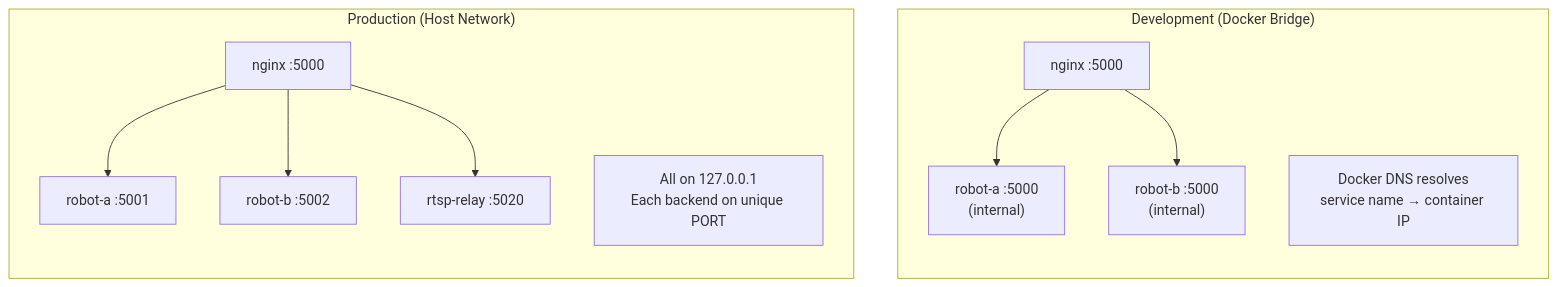
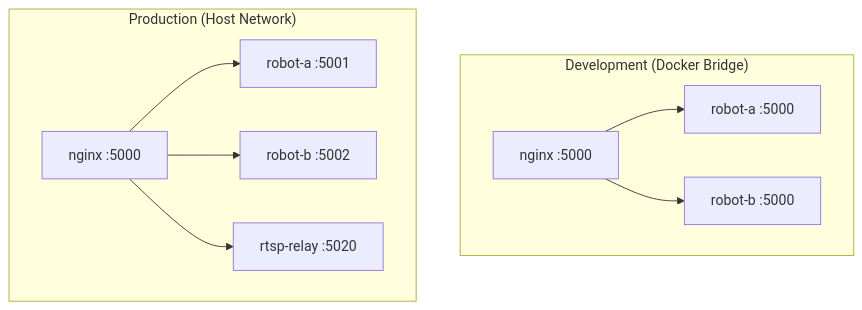
Before and after one commit to sigmarobotics/visual-patrol: the fourth of 4 diagrams in README.md, drawn with Mermaid. The commit also changed other lines of this file and 2 other files, not shown here.

First line of the commit message:
docs: rewrite README and architecture docs with Mermaid diagrams

````diff
--- a/README.md
+++ b/README.md
@@ -461,17 +203,13 @@
 ```mermaid
 graph TB
     subgraph Dev["Development (Docker Bridge)"]
-        direction TB
-        DN["nginx :5000"] --> DA["robot-a :5000<br/>(internal)"]
-        DN --> DB2["robot-b :5000<br/>(internal)"]
-        note1["Docker DNS resolves<br/>service name → container IP"]
+        DN["nginx :5000"] --> DA["robot-a :5000"]
+        DN --> DB2["robot-b :5000"]
     end
 
     subgraph Prod["Production (Host Network)"]
-        direction TB
         PN["nginx :5000"] --> PA["robot-a :5001"]
         PN --> PB["robot-b :5002"]
         PN --> PR["rtsp-relay :5020"]
-        note2["All on 127.0.0.1<br/>Each backend on unique PORT"]
     end
 ```
````
